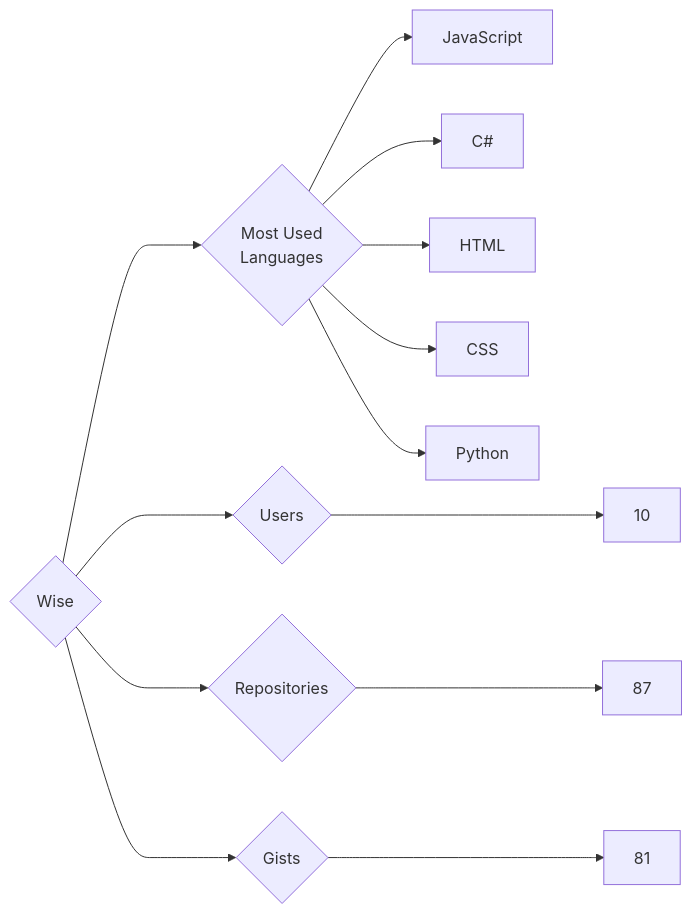
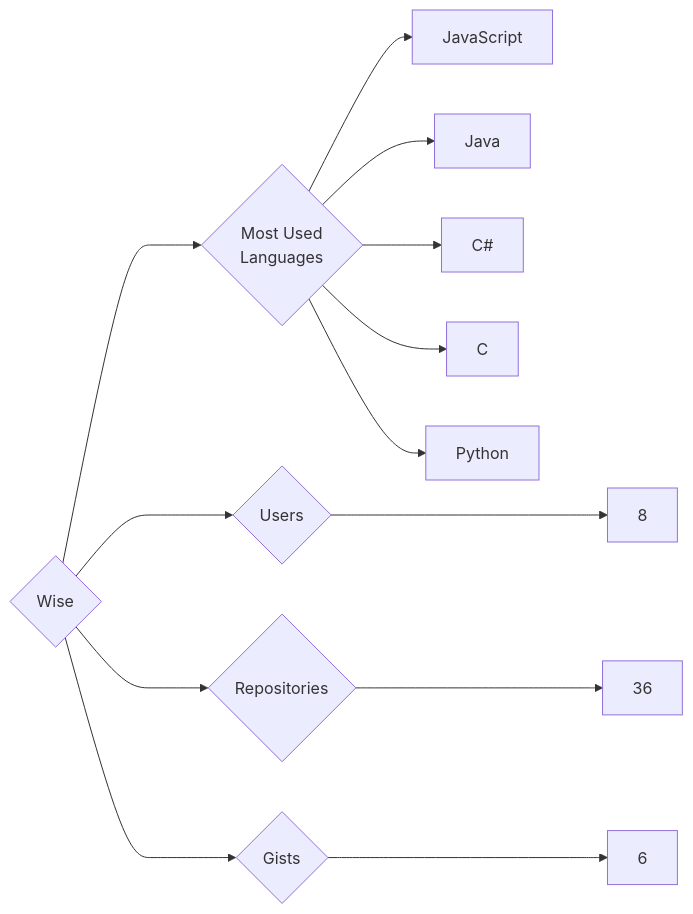
The diagram in targets/Wise/README.md (trickest/insiders), drawn with Mermaid before and after one commit. The commit also changed 1696 other files, not shown here.

````diff
--- a/targets/Wise/README.md
+++ b/targets/Wise/README.md
@@ -3,13 +3,13 @@
 ```mermaid
 graph LR
 COMPANY_NAME{Wise}
-COMPANY_NAME ---> U{Users} ---> UN[10]
-COMPANY_NAME ---> R{Repositories} ---> RN[87]
-COMPANY_NAME ---> G{Gists} ---> GN[81]
+COMPANY_NAME ---> U{Users} ---> UN[8]
+COMPANY_NAME ---> R{Repositories} ---> RN[36]
+COMPANY_NAME ---> G{Gists} ---> GN[6]
 COMPANY_NAME ---> ML{Most Used<br>Languages}
 ML --> JavaScript[JavaScript]
+ML --> Java[Java]
 ML --> C#[C#]
-ML --> HTML[HTML]
-ML --> CSS[CSS]
+ML --> C[C]
 ML --> Python[Python]
 ```
````
